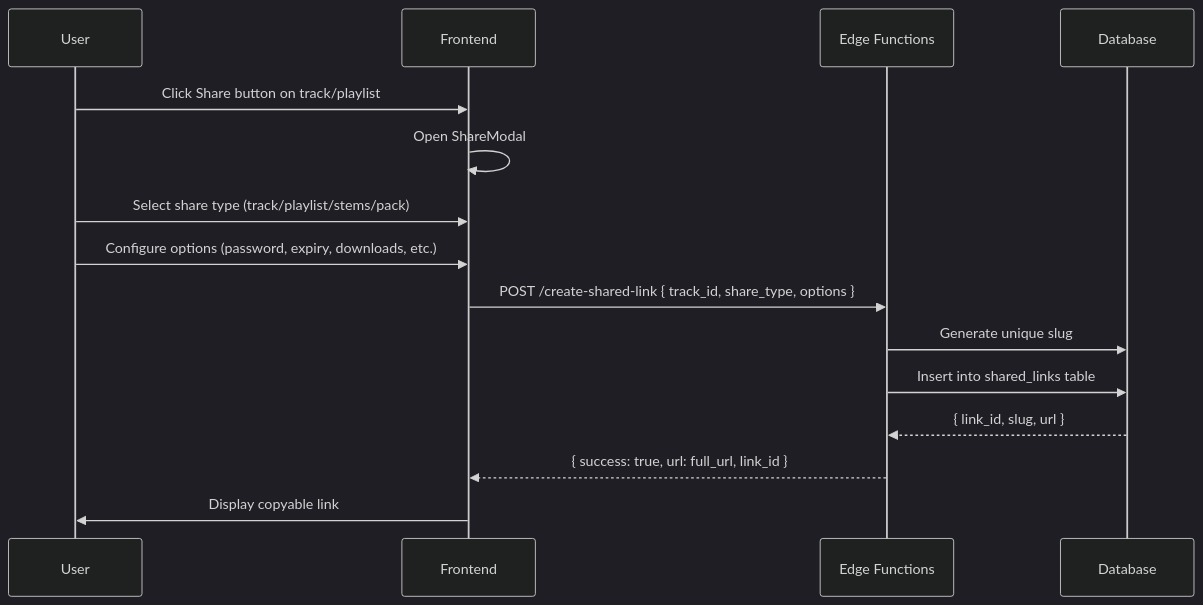
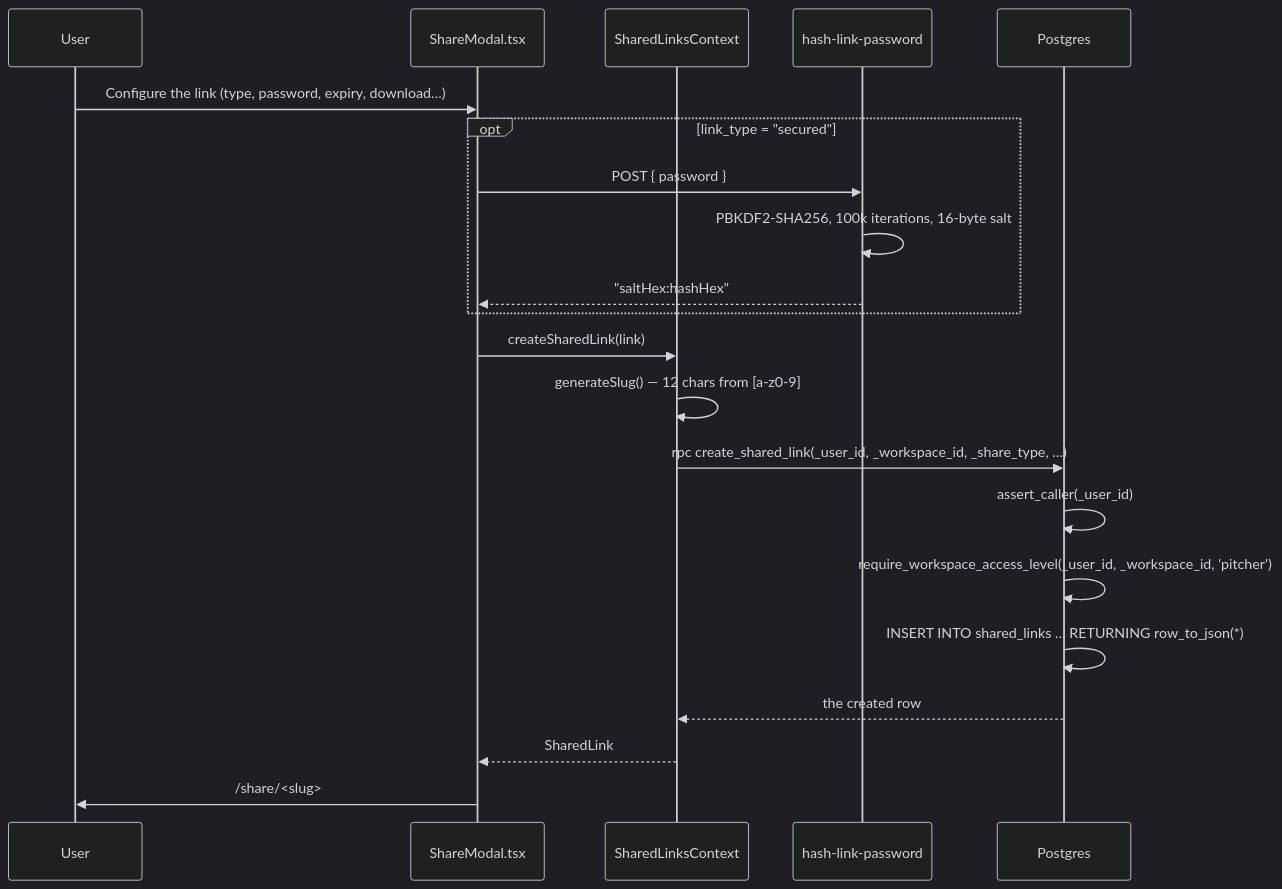
One commit to yannickrastogi/trakalo-muse-palette changed the first of 3 diagrams in docs/FEATURES/SHARING_SYSTEM.md. Above: the diagram before and after it, drawn with Mermaid (dark theme). The commit also changed other lines of this file and 2 other files, not shown here.

First line of the commit message:
docs: rewrite SHARING_SYSTEM and TRACK_MANAGEMENT against real schema

````diff
--- a/docs/FEATURES/SHARING_SYSTEM.md
+++ b/docs/FEATURES/SHARING_SYSTEM.md
@@ -127,18 +95,24 @@
 ```mermaid
 sequenceDiagram
     participant User
-    participant Frontend
-    participant EdgeFunc as Edge Functions
-    participant DB as Database
-    
-    User->>Frontend: Click Share button on track/playlist
-    Frontend->>Frontend: Open ShareModal
-    User->>Frontend: Select share type (track/playlist/stems/pack)
-    User->>Frontend: Configure options (password, expiry, downloads, etc.)
-    Frontend->>EdgeFunc: POST /create-shared-link { track_id, share_type, options }
-    EdgeFunc->>DB: Generate unique slug
-    EdgeFunc->>DB: Insert into shared_links table
-    DB-->>EdgeFunc: { link_id, slug, url }
-    EdgeFunc-->>Frontend: { success: true, url: full_url, link_id }
-    Frontend->>User: Display copyable link
+    participant Modal as ShareModal.tsx
+    participant Ctx as SharedLinksContext
+    participant EF as hash-link-password
+    participant DB as Postgres
+
+    User->>Modal: Configure the link (type, password, expiry, download…)
+    opt link_type = "secured"
+        Modal->>EF: POST { password }
+        EF->>EF: PBKDF2-SHA256, 100k iterations, 16-byte salt
+        EF-->>Modal: "saltHex:hashHex"
+    end
+    Modal->>Ctx: createSharedLink(link)
+    Ctx->>Ctx: generateSlug() — 12 chars from [a-z0-9]
+    Ctx->>DB: rpc create_shared_link(_user_id, _workspace_id, _share_type, …)
+    DB->>DB: assert_caller(_user_id)
+    DB->>DB: require_workspace_access_level(_user_id, _workspace_id, 'pitcher')
+    DB->>DB: INSERT INTO shared_links … RETURNING row_to_json(*)
+    DB-->>Ctx: the created row
+    Ctx-->>Modal: SharedLink
+    Modal->>User: /share/<slug>
 ```
````
